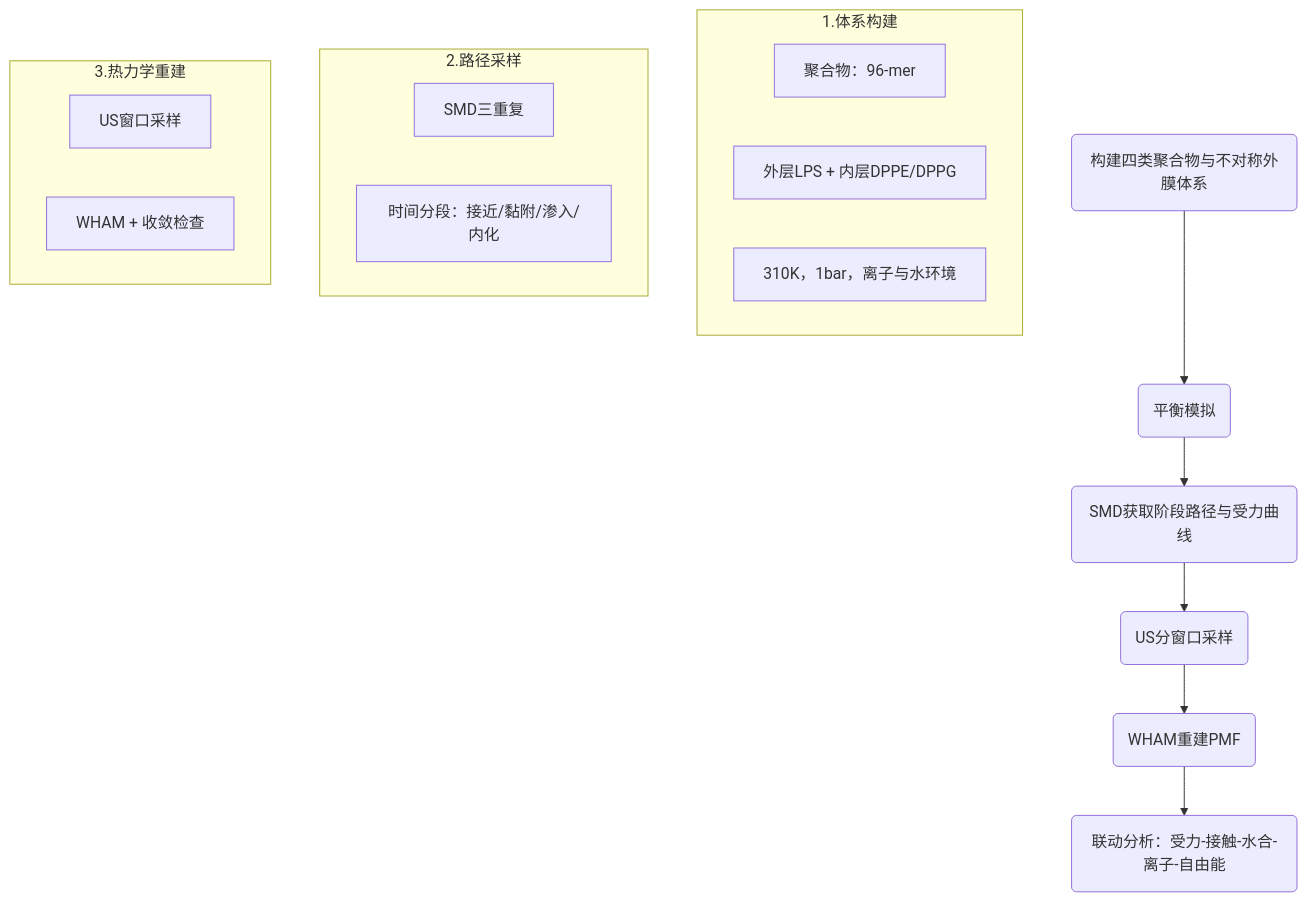
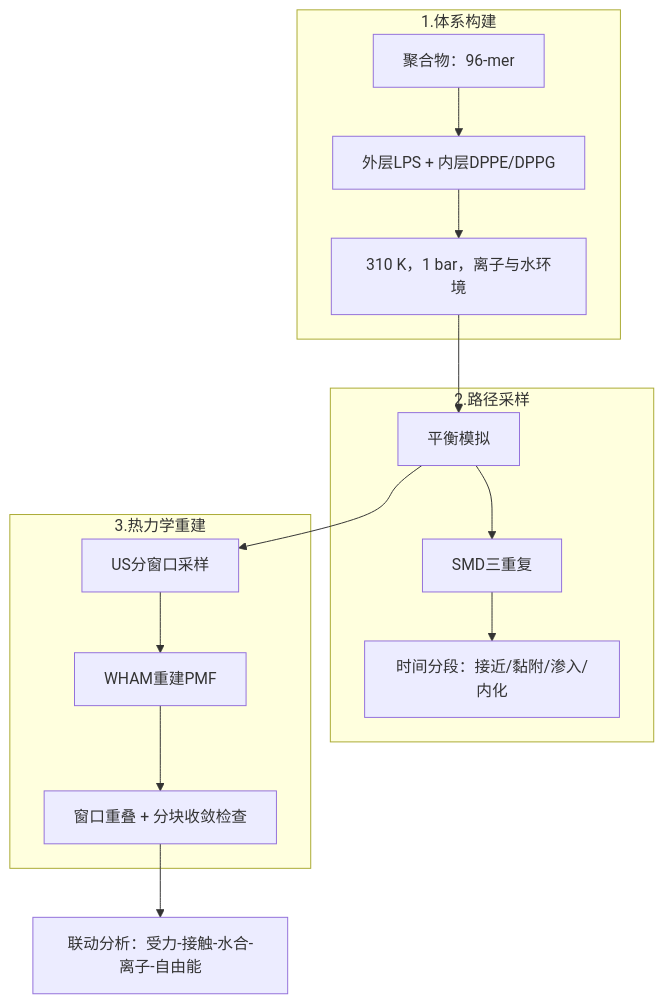
The first of 2 diagrams in _pages/Specific Sytems/Nano Polymers/2026-04-08-mma-polymer-bacterial-outer-membrane-cgmd.md (gxf1212/mendelevium), drawn with Mermaid before and after one commit. The commit also changed other lines of this file and 12 other files, not shown here.

````diff
--- a/_pages/Specific Sytems/Nano Polymers/2026-04-08-mma-polymer-bacterial-outer-membrane-cgmd.md
+++ b/_pages/Specific Sytems/Nano Polymers/2026-04-08-mma-polymer-bacterial-outer-membrane-cgmd.md
@@ -100,24 +111,26 @@
 ```mermaid
 graph TB
-    A("构建四类聚合物与不对称外膜体系") --> B("平衡模拟")
-    B --> C("SMD获取阶段路径与受力曲线")
-    C --> D("US分窗口采样")
-    D --> E("WHAM重建PMF")
-    E --> F("联动分析：受力-接触-水合-离子-自由能")
-
     subgraph S1["1.体系构建"]
-        S1A["聚合物：96-mer"] 
-        S1B["外层LPS + 内层DPPE/DPPG"]
-        S1C["310K，1bar，离子与水环境"]
+        A1["聚合物：96-mer"]
+        A2["外层LPS + 内层DPPE/DPPG"]
+        A3["310 K，1 bar，离子与水环境"]
+        A1 --> A2 --> A3
     end
 
     subgraph S2["2.路径采样"]
-        S2A["SMD三重复"]
-        S2B["时间分段：接近/黏附/渗入/内化"]
+        B1["平衡模拟"]
+        B2["SMD三重复"]
+        B3["时间分段：接近/黏附/渗入/内化"]
+        B1 --> B2 --> B3
     end
 
     subgraph S3["3.热力学重建"]
-        S3A["US窗口采样"]
-        S3B["WHAM + 收敛检查"]
+        C1["US分窗口采样"]
+        C2["WHAM重建PMF"]
+        C3["窗口重叠 + 分块收敛检查"]
+        C1 --> C2 --> C3
     end
+
+    A3 --> B1 --> C1
+    C3 --> D["联动分析：受力-接触-水合-离子-自由能"]
 ```
````
